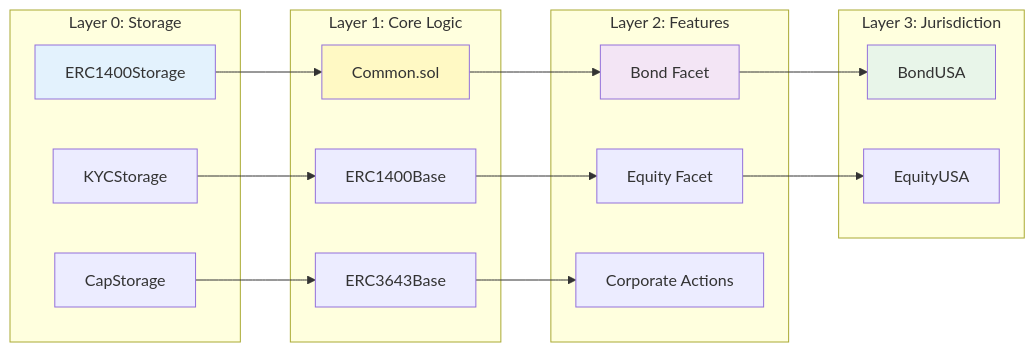
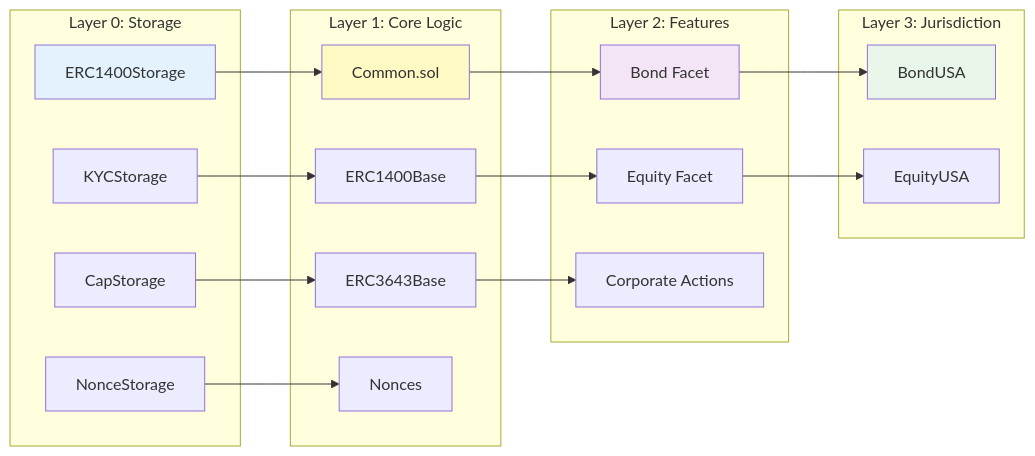
Before and after one commit to hashgraph/asset-tokenization-studio: the second of 2 diagrams in docs/ats/intro.md, drawn with Mermaid. The commit also changed 4 other files, not shown here.

````diff
--- a/docs/ats/intro.md
+++ b/docs/ats/intro.md
@@ -82,39 +82,42 @@
 ```mermaid
 graph LR
     subgraph "Layer 0: Storage"
         S1[ERC1400Storage]
         S2[KYCStorage]
         S3[CapStorage]
+        S4[NonceStorage]
     end
 
     subgraph "Layer 1: Core Logic"
         C1[Common.sol]
         C2[ERC1400Base]
         C3[ERC3643Base]
+        C4[Nonces]
     end
 
     subgraph "Layer 2: Features"
         F1[Bond Facet]
         F2[Equity Facet]
         F3[Corporate Actions]
     end
 
     subgraph "Layer 3: Jurisdiction"
         J1[BondUSA]
         J2[EquityUSA]
     end
 
     S1 --> C1
     S2 --> C2
     S3 --> C3
+    S4 --> C4
     C1 --> F1
     C2 --> F2
     C3 --> F3
     F1 --> J1
     F2 --> J2
 
     style S1 fill:#e3f2fd
     style C1 fill:#fff9c4
     style F1 fill:#f3e5f5
     style J1 fill:#e8f5e9
 ```
````
